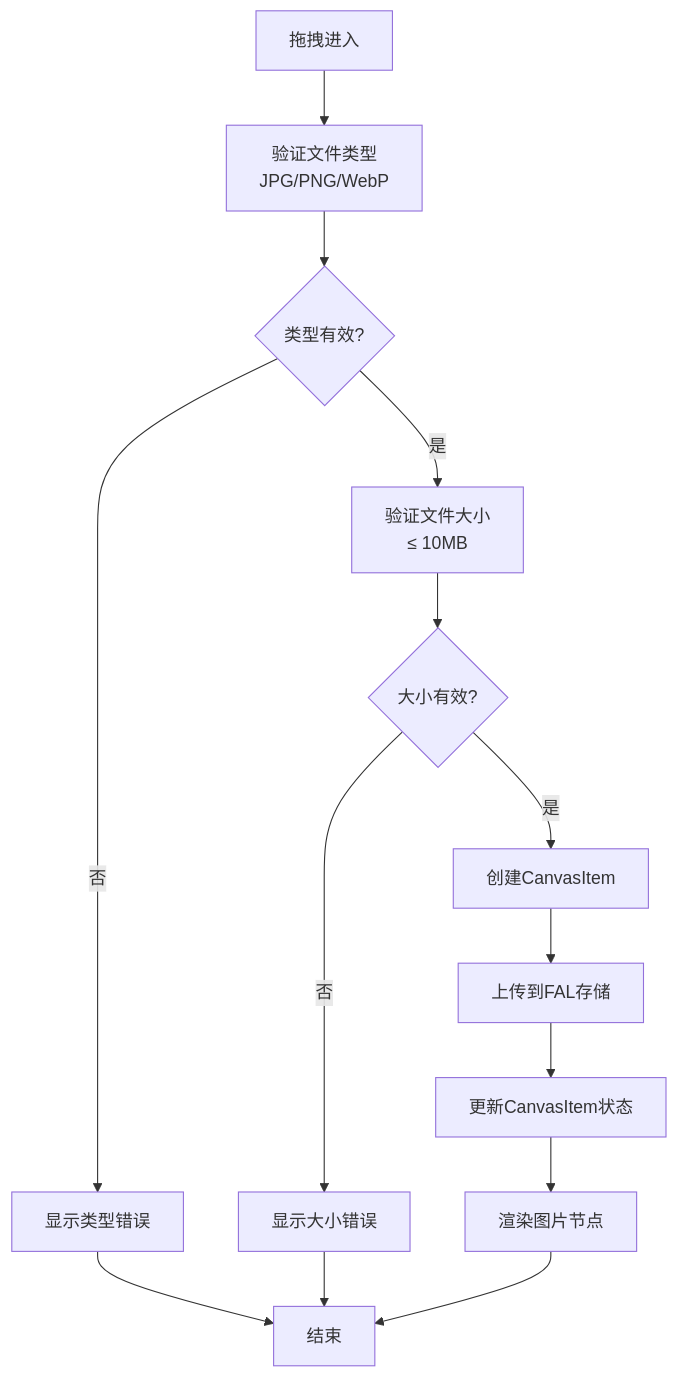
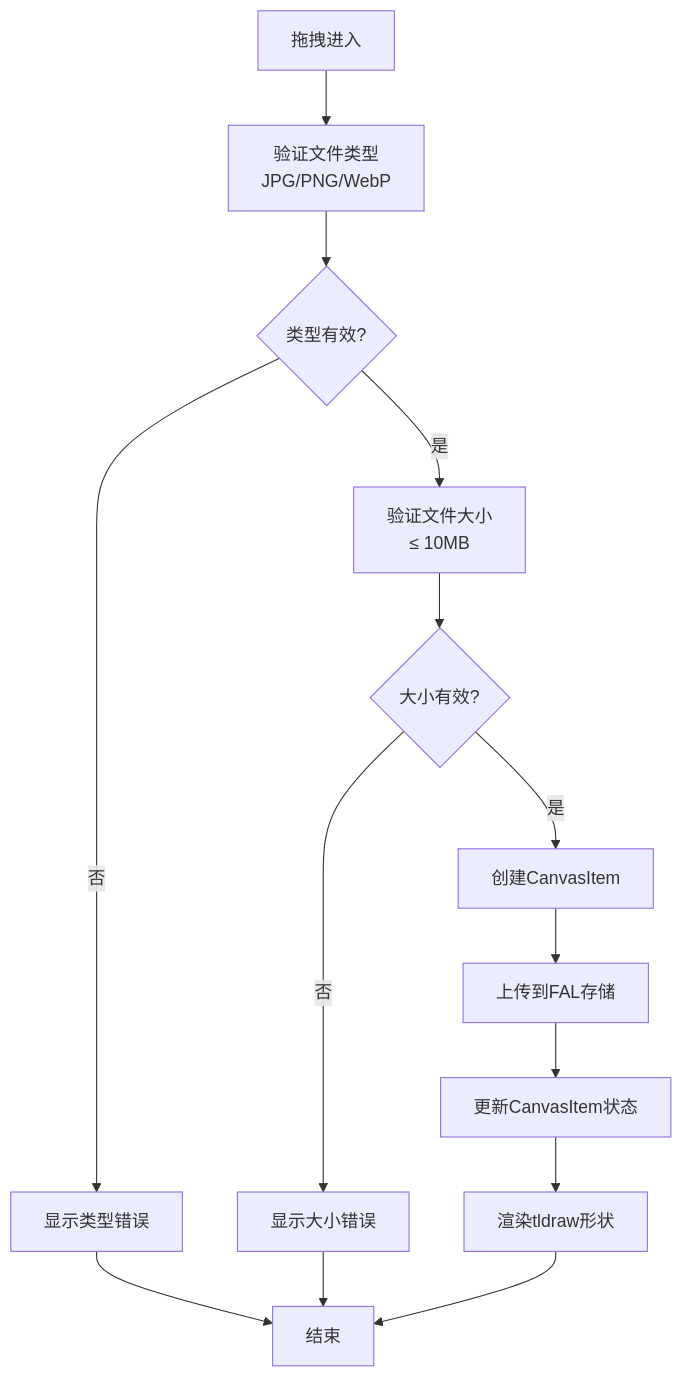
One commit to billye220670/BananaFlow2 changed the tenth of 13 diagrams in .qoder/repowiki/zh/content/核心功能模块/画布交互系统.md. Above: the diagram before and after it, drawn with Mermaid. The commit also changed other lines of this file and 29 other files, not shown here.

````diff
--- a/.qoder/repowiki/zh/content/核心功能模块/画布交互系统.md
+++ b/.qoder/repowiki/zh/content/核心功能模块/画布交互系统.md
@@ -383,16 +451,16 @@
 ```mermaid
 flowchart TD
 DragEnter[拖拽进入] --> ValidateType["验证文件类型<br/>JPG/PNG/WebP"]
 ValidateType --> TypeValid{"类型有效?"}
 TypeValid --> |否| ShowError1["显示类型错误"]
 TypeValid --> |是| ValidateSize["验证文件大小<br/>≤ 10MB"]
 ValidateSize --> SizeValid{"大小有效?"}
 SizeValid --> |否| ShowError2["显示大小错误"]
 SizeValid --> |是| CreateItem["创建CanvasItem"]
 CreateItem --> UploadFile["上传到FAL存储"]
 UploadFile --> UpdateItem["更新CanvasItem状态"]
-UpdateItem --> RenderImage["渲染图片节点"]
+UpdateItem --> RenderImage["渲染tldraw形状"]
 ShowError1 --> End[结束]
 ShowError2 --> End
 RenderImage --> End
 ```
````
